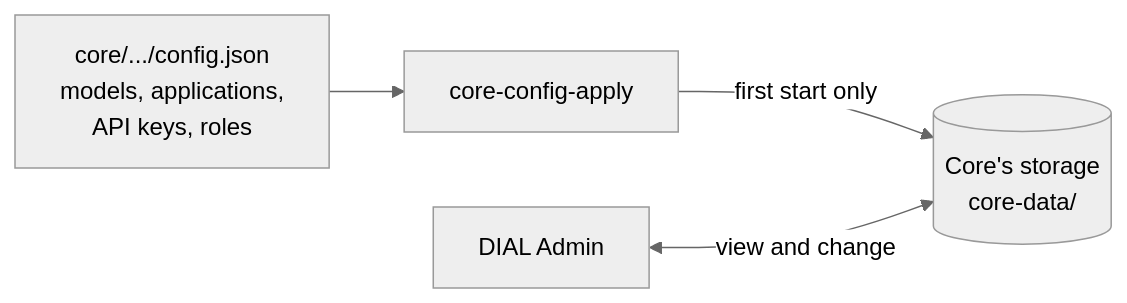
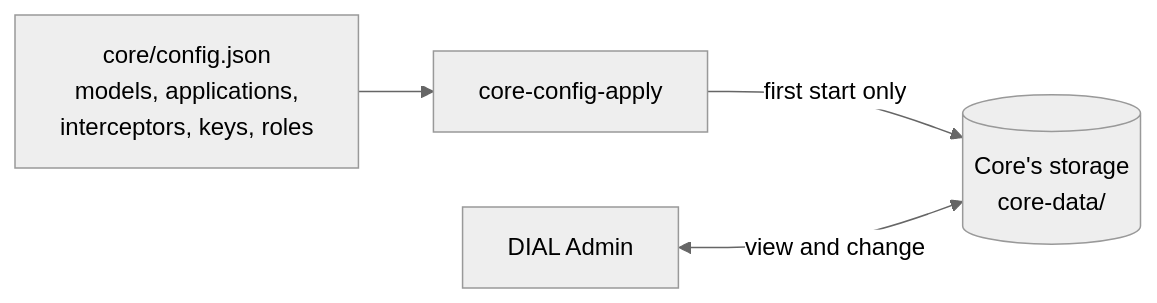
Before and after one commit to epam/ai-dial-samples: the diagram in README.md, drawn with Mermaid (neutral theme). The commit also changed other lines of this file and 36 other files, not shown here.

````diff
--- a/README.md
+++ b/README.md
@@ -81,10 +95,10 @@
 ```mermaid
 flowchart LR
-    files["core/.../config.json<br/>models, applications,<br/>API keys, roles"]
+    files["core/config.json<br/>models, applications,<br/>interceptors, keys, roles"]
     apply["core-config-apply"]
     storage[("Core's storage<br/>core-data/")]
     admin["DIAL Admin"]
 
     files --> apply -->|first start only| storage
     admin <-->|view and change| storage
 ```
````
